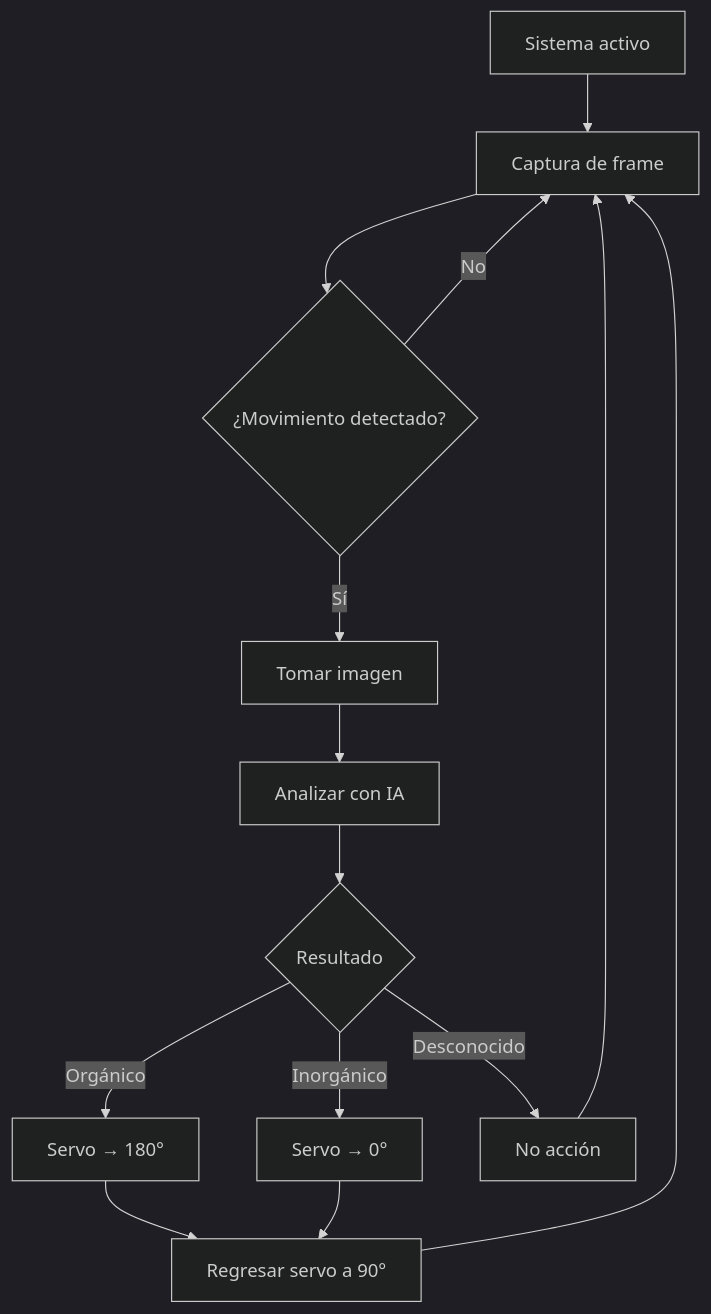
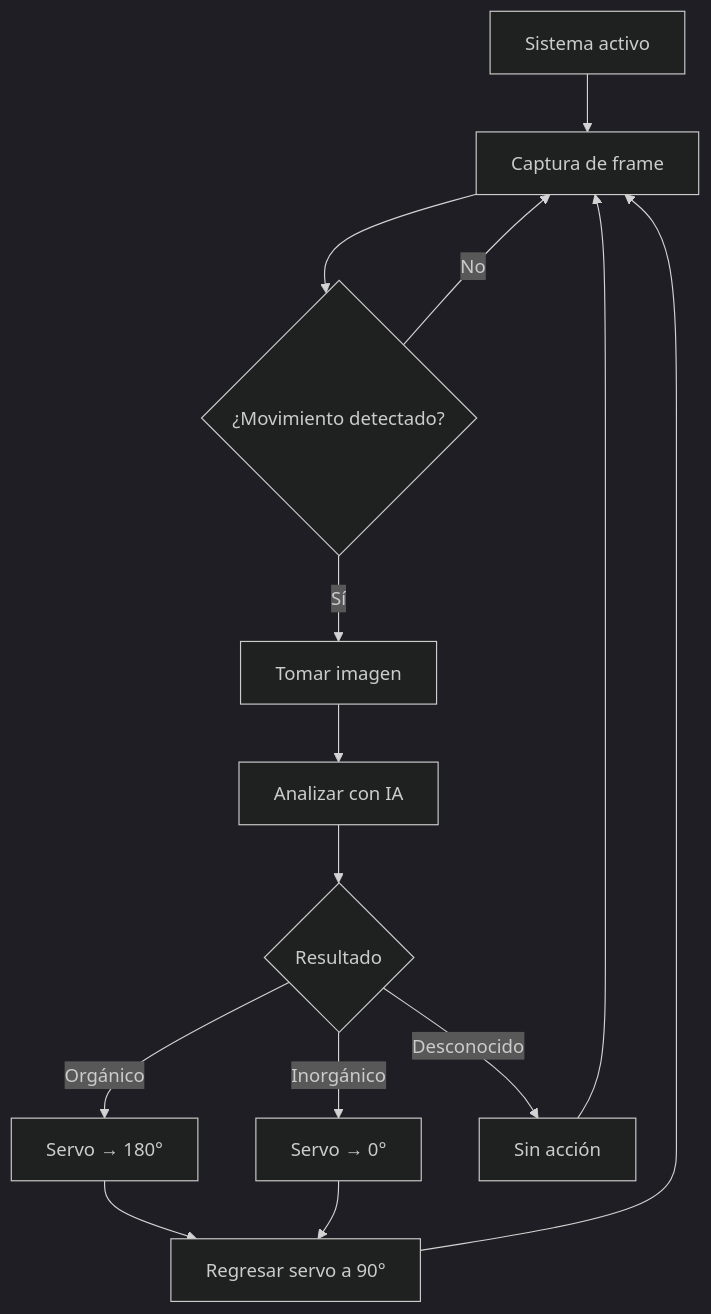
One commit to owlok-afk/Bote-IA changed the diagram in README.md. Above: the diagram before and after it, drawn with Mermaid (dark theme). The commit also changed other lines of this file, not shown here.

````diff
--- a/README.md
+++ b/README.md
@@ -61,16 +60,16 @@
 ```mermaid
 flowchart TD
     A["Sistema activo"] --> B["Captura de frame"]
     B --> C{"¿Movimiento detectado?"}
     C -- No --> B
     C -- Sí --> D["Tomar imagen"]
     D --> E["Analizar con IA"]
     E --> F{"Resultado"}
     F -- Orgánico --> G["Servo → 180°"]
     F -- Inorgánico --> H["Servo → 0°"]
-    F -- Desconocido --> I["No acción"]
+    F -- Desconocido --> I["Sin acción"]
     G --> J["Regresar servo a 90°"]
     H --> J
     I --> B
     J --> B
 ```
````
